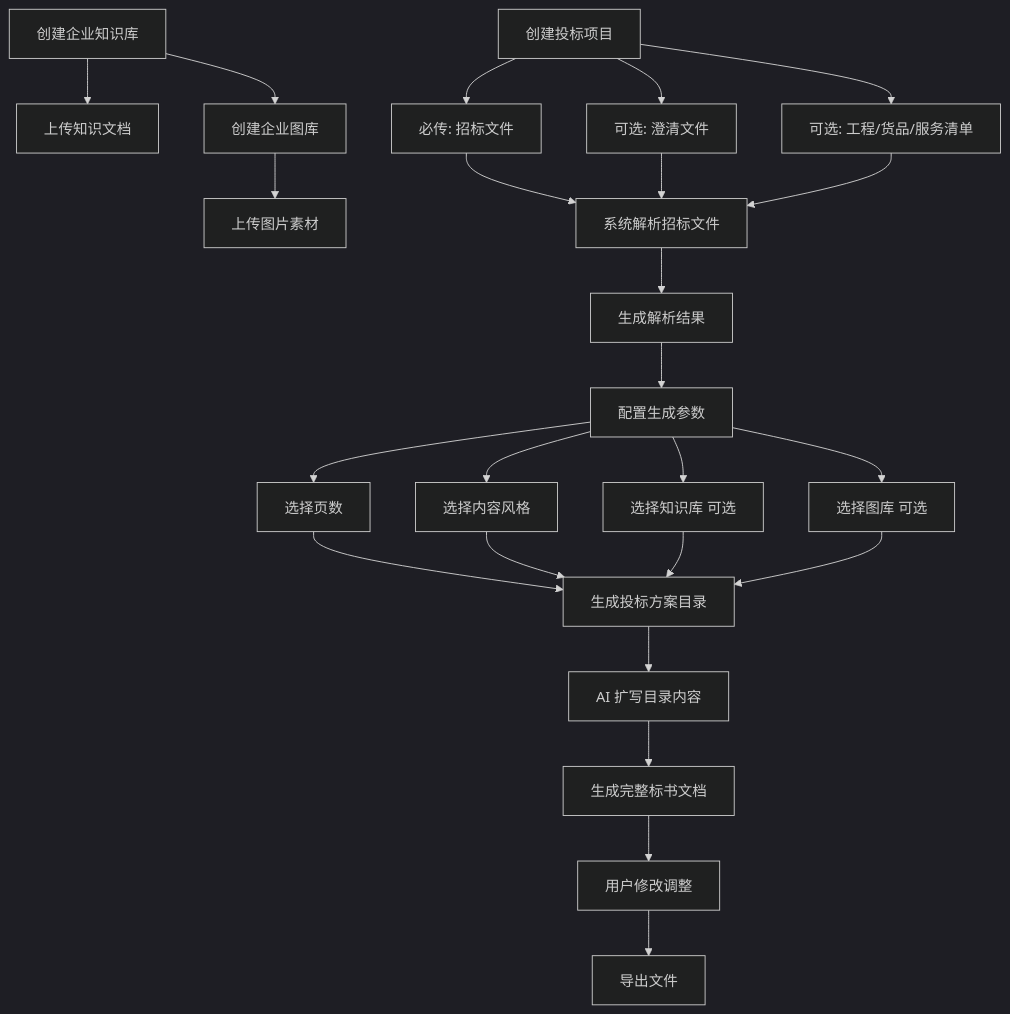
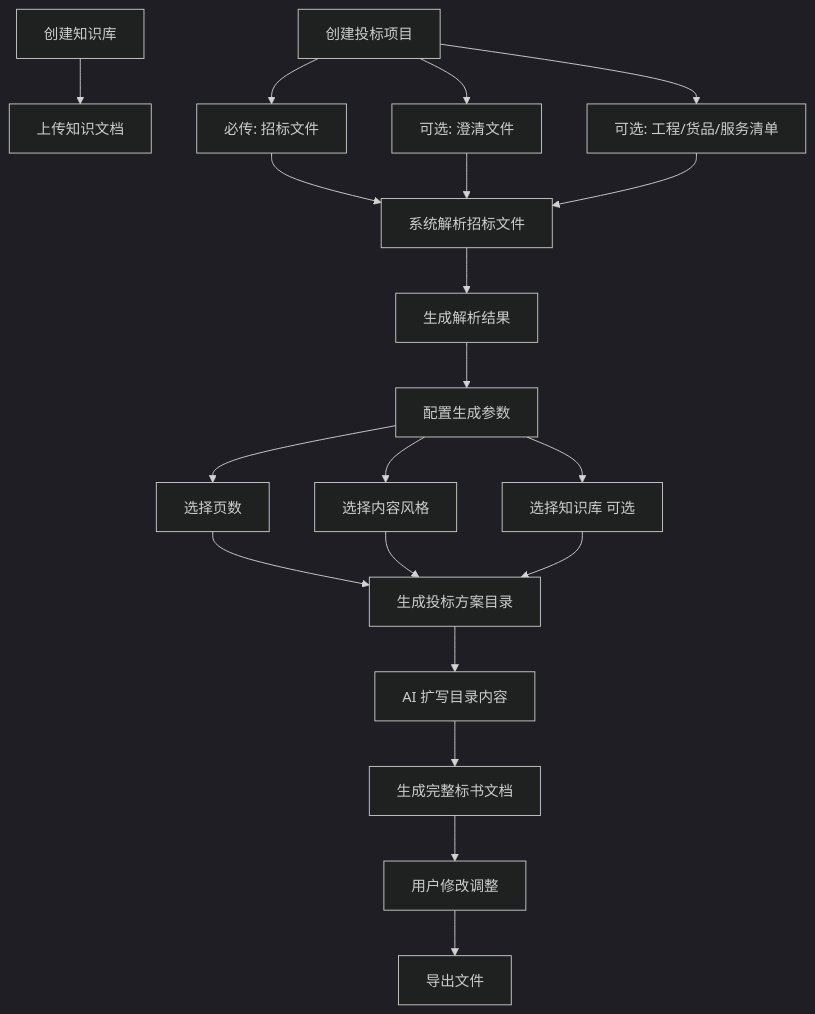
The diagram in docs/prd/tender-agent-prd.md (HUAdisheng/tender-ai), drawn with Mermaid (dark theme) before and after one commit. The commit also changed other lines of this file and 99 other files, not shown here.

````diff
--- a/docs/prd/tender-agent-prd.md
+++ b/docs/prd/tender-agent-prd.md
@@ -64,31 +62,27 @@
 ```mermaid
 flowchart TD
-    A[创建企业知识库] --> B[上传知识文档]
-    A --> C[创建企业图库]
-    C --> D[上传图片素材]
+    A[创建知识库] --> B[上传知识文档]
 
-    E[创建投标项目] --> F[必传: 招标文件]
-    E --> G[可选: 澄清文件]
-    E --> H[可选: 工程/货品/服务清单]
+    C[创建投标项目] --> D[必传: 招标文件]
+    C --> E[可选: 澄清文件]
+    C --> F[可选: 工程/货品/服务清单]
 
-    F --> I[系统解析招标文件]
-    G --> I
-    H --> I
+    D --> G[系统解析招标文件]
+    E --> G
+    F --> G
 
-    I --> J[生成解析结果]
-    J --> K[配置生成参数]
-    K --> L[选择页数]
-    K --> M[选择内容风格]
-    K --> N[选择知识库 可选]
-    K --> O[选择图库 可选]
+    G --> H[生成解析结果]
+    H --> I[配置生成参数]
+    I --> J[选择页数]
+    I --> K[选择内容风格]
+    I --> L[选择知识库 可选]
 
-    L --> P[生成投标方案目录]
-    M --> P
-    N --> P
-    O --> P
+    J --> M[生成投标方案目录]
+    K --> M
+    L --> M
 
-    P --> Q[AI 扩写目录内容]
-    Q --> R[生成完整标书文档]
-    R --> S[用户修改调整]
-    S --> T[导出文件]
+    M --> N[AI 扩写目录内容]
+    N --> O[生成完整标书文档]
+    O --> P[用户修改调整]
+    P --> Q[导出文件]
 ```
````
